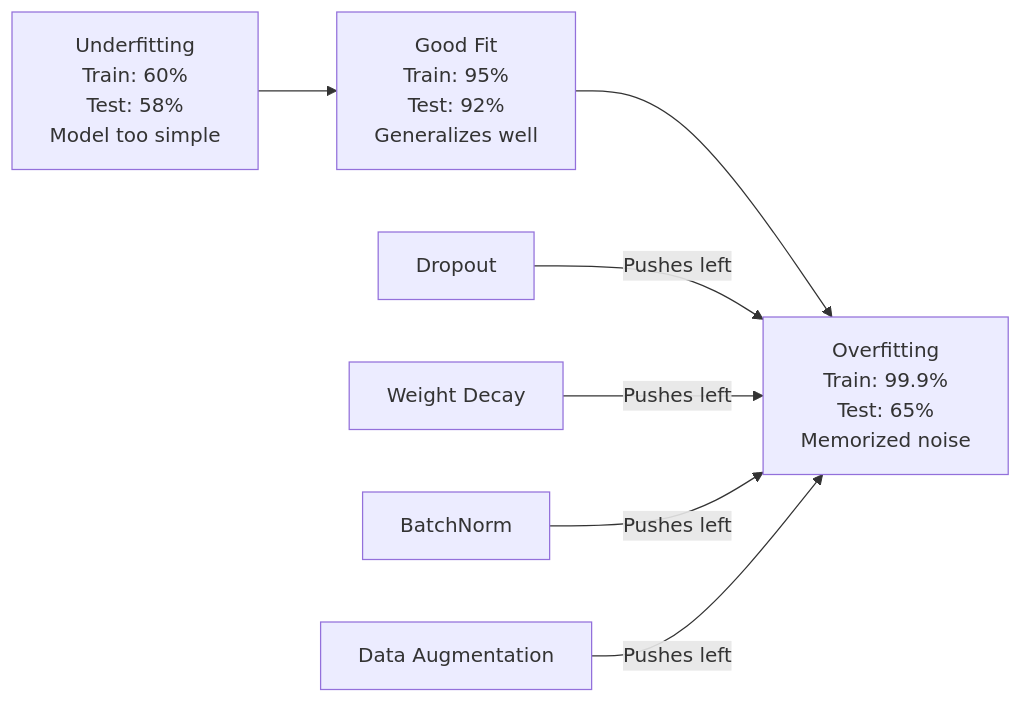
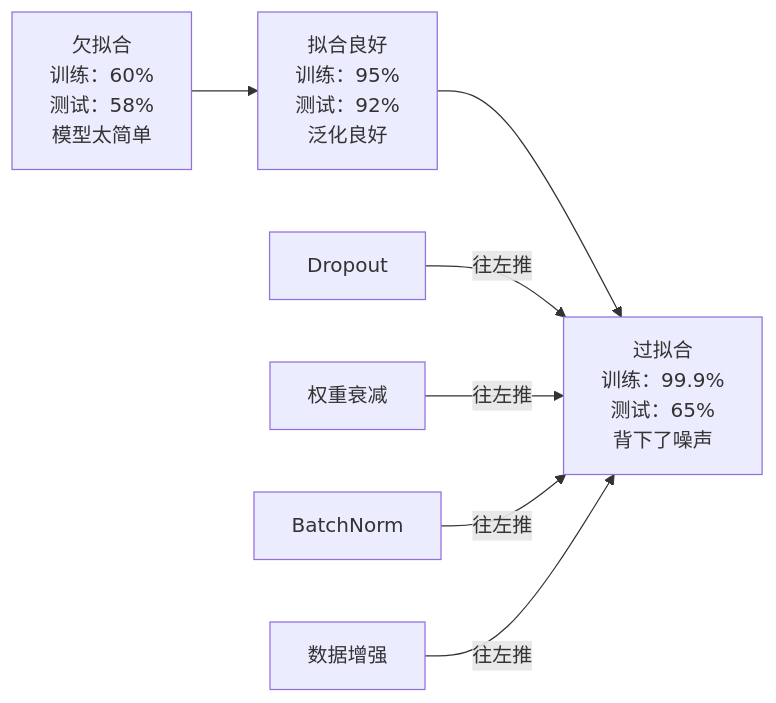
The first of 3 diagrams in phases/03-deep-learning-core/07-regularization/docs/zh.md (alessandrodinisio-ai/ai-engineering-learning-framework), drawn with Mermaid before and after one commit. The commit also changed other lines of this file and 120 other files, not shown here.

First line of the commit message:
i18n(mermaid): 337 个 mermaid 图表标签中文化

````diff
--- a/phases/03-deep-learning-core/07-regularization/docs/zh.md
+++ b/phases/03-deep-learning-core/07-regularization/docs/zh.md
@@ -31,10 +31,10 @@
 ```mermaid
 graph LR
-    Under["Underfitting<br/>Train: 60%<br/>Test: 58%<br/>Model too simple"] --> Good["Good Fit<br/>Train: 95%<br/>Test: 92%<br/>Generalizes well"]
-    Good --> Over["Overfitting<br/>Train: 99.9%<br/>Test: 65%<br/>Memorized noise"]
+    Under["欠拟合<br/>训练：60%<br/>测试：58%<br/>模型太简单"] --> Good["拟合良好<br/>训练：95%<br/>测试：92%<br/>泛化良好"]
+    Good --> Over["过拟合<br/>训练：99.9%<br/>测试：65%<br/>背下了噪声"]
 
-    Dropout["Dropout"] -->|"Pushes left"| Over
-    WD["Weight Decay"] -->|"Pushes left"| Over
-    BN["BatchNorm"] -->|"Pushes left"| Over
-    Aug["Data Augmentation"] -->|"Pushes left"| Over
+    Dropout["Dropout"] -->|"往左推"| Over
+    WD["权重衰减"] -->|"往左推"| Over
+    BN["BatchNorm"] -->|"往左推"| Over
+    Aug["数据增强"] -->|"往左推"| Over
 ```
````
